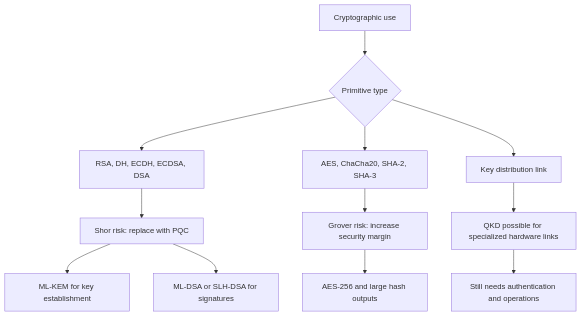
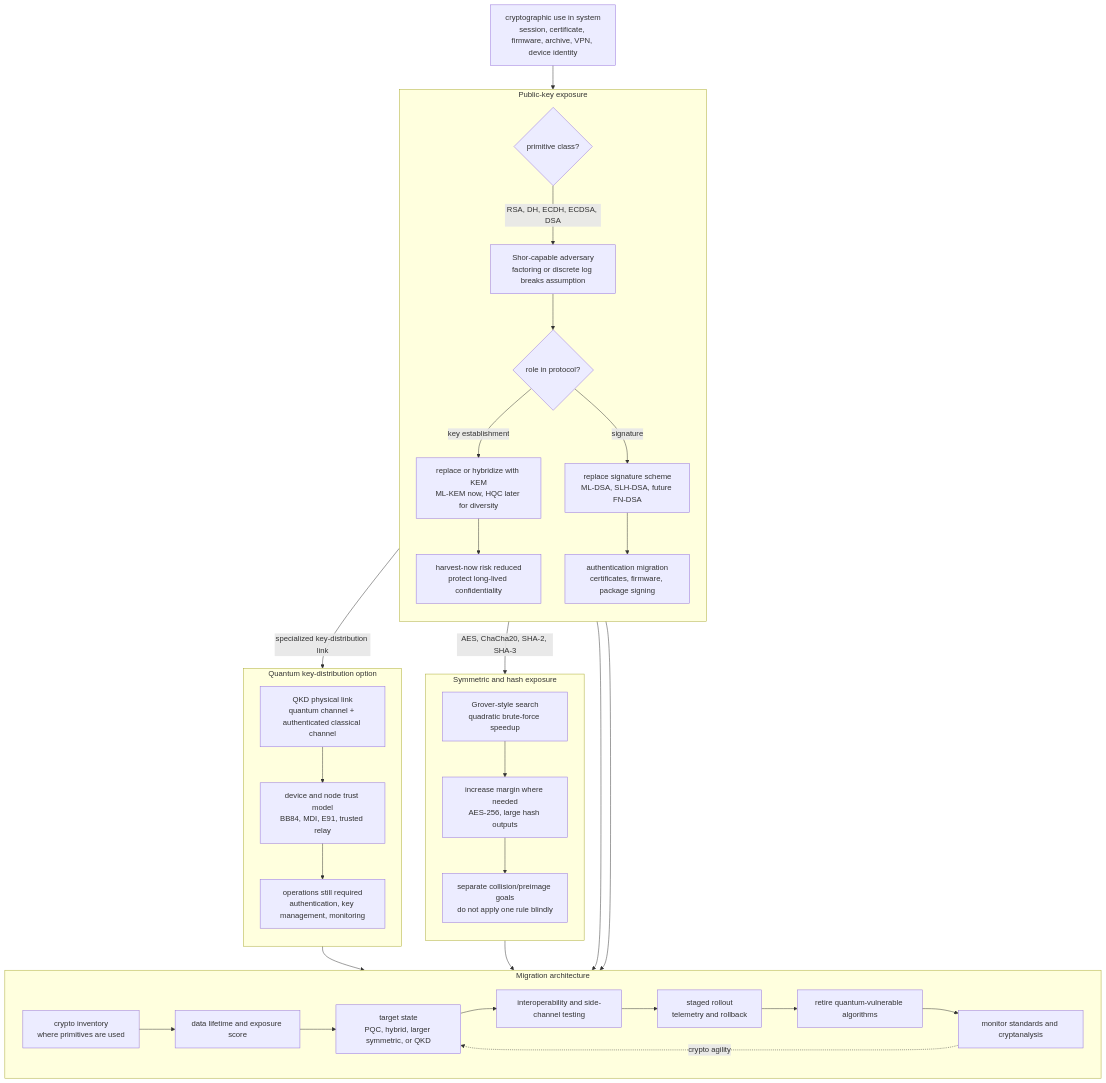
The diagram in docs/quantum-information-science/quantum-security/intro.md (justinbrianhwang/SJ-wiki), drawn with Mermaid before and after one commit. The commit also changed other lines of this file and 1858 other files, not shown here.

Commit message:
Upgrade Mermaid diagrams to real architecture level across DL/CS-systems/CS-applied/QIS/Physics+Math+Chem (~728 mermaid blocks total): detailed sublayers, residuals, dimensions, shape transitions, subgraph grouping

````diff
--- a/docs/quantum-information-science/quantum-security/intro.md
+++ b/docs/quantum-information-science/quantum-security/intro.md
@@ -44,14 +44,44 @@
 ```mermaid
 flowchart TD
-  A["Cryptographic use"] --> B{"Primitive type"}
-  B --> C["RSA, DH, ECDH, ECDSA, DSA"]
-  B --> D["AES, ChaCha20, SHA-2, SHA-3"]
-  B --> E["Key distribution link"]
-  C --> F["Shor risk: replace with PQC"]
-  D --> G["Grover risk: increase security margin"]
-  E --> H["QKD possible for specialized hardware links"]
-  F --> I["ML-KEM for key establishment"]
-  F --> J["ML-DSA or SLH-DSA for signatures"]
-  G --> K["AES-256 and large hash outputs"]
-  H --> L["Still needs authentication and operations"]
+  Use["cryptographic use in system<br/>session, certificate, firmware, archive, VPN, device identity"] --> Class{"primitive class?"}
+
+  subgraph PublicKey["Public-key exposure"]
+    direction TB
+    Class -->|"RSA, DH, ECDH, ECDSA, DSA"| Shor["Shor-capable adversary<br/>factoring or discrete log breaks assumption"]
+    Shor --> Split{"role in protocol?"}
+    Split -->|"key establishment"| KEM["replace or hybridize with KEM<br/>ML-KEM now, HQC later for diversity"]
+    Split -->|"signature"| SIG["replace signature scheme<br/>ML-DSA, SLH-DSA, future FN-DSA"]
+    KEM --> HN["harvest-now risk reduced<br/>protect long-lived confidentiality"]
+    SIG --> Auth["authentication migration<br/>certificates, firmware, package signing"]
+  end
+
+  subgraph Symmetric["Symmetric and hash exposure"]
+    direction TB
+    Class -->|"AES, ChaCha20, SHA-2, SHA-3"| Grover["Grover-style search<br/>quadratic brute-force speedup"]
+    Grover --> Margin["increase margin where needed<br/>AES-256, large hash outputs"]
+    Margin --> HashCaveat["separate collision/preimage goals<br/>do not apply one rule blindly"]
+  end
+
+  subgraph QKD["Quantum key-distribution option"]
+    direction TB
+    Class -->|"specialized key-distribution link"| Link["QKD physical link<br/>quantum channel + authenticated classical channel"]
+    Link --> Trust["device and node trust model<br/>BB84, MDI, E91, trusted relay"]
+    Trust --> Ops["operations still required<br/>authentication, key management, monitoring"]
+  end
+
+  subgraph Migration["Migration architecture"]
+    direction LR
+    Inv["crypto inventory<br/>where primitives are used"] --> Life["data lifetime and exposure score"]
+    Life --> Target["target state<br/>PQC, hybrid, larger symmetric, or QKD"]
+    Target --> Test["interoperability and side-channel testing"]
+    Test --> Roll["staged rollout<br/>telemetry and rollback"]
+    Roll --> Retire["retire quantum-vulnerable algorithms"]
+    Retire --> Monitor["monitor standards and cryptanalysis"]
+    Monitor -. "crypto agility" .-> Target
+  end
+
+  HN --> Inv
+  Auth --> Inv
+  HashCaveat --> Inv
+  Ops --> Inv
 ```
````
